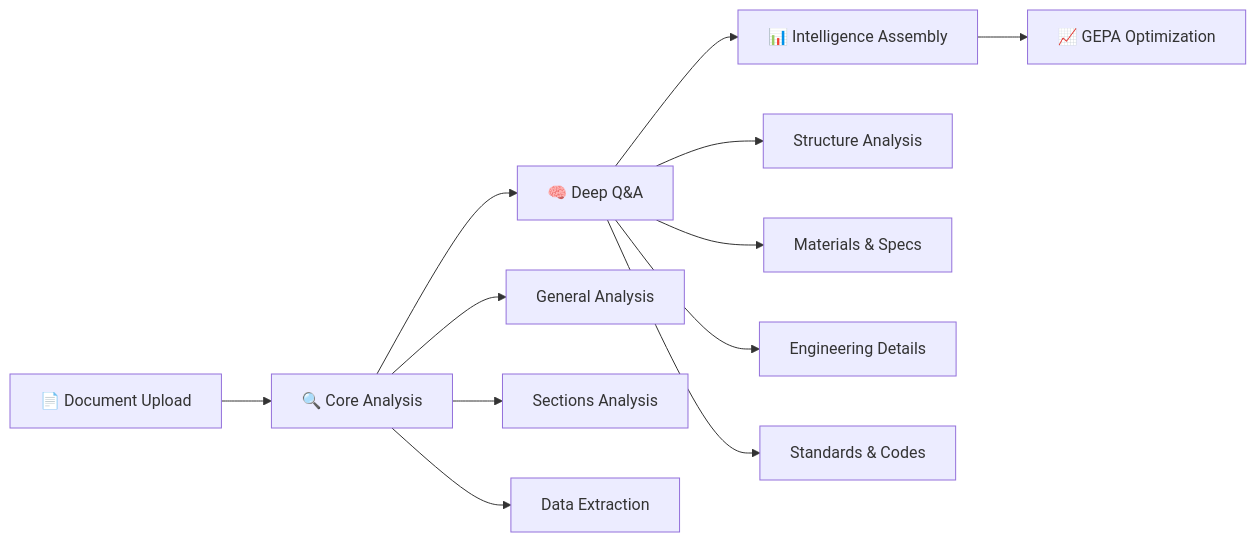
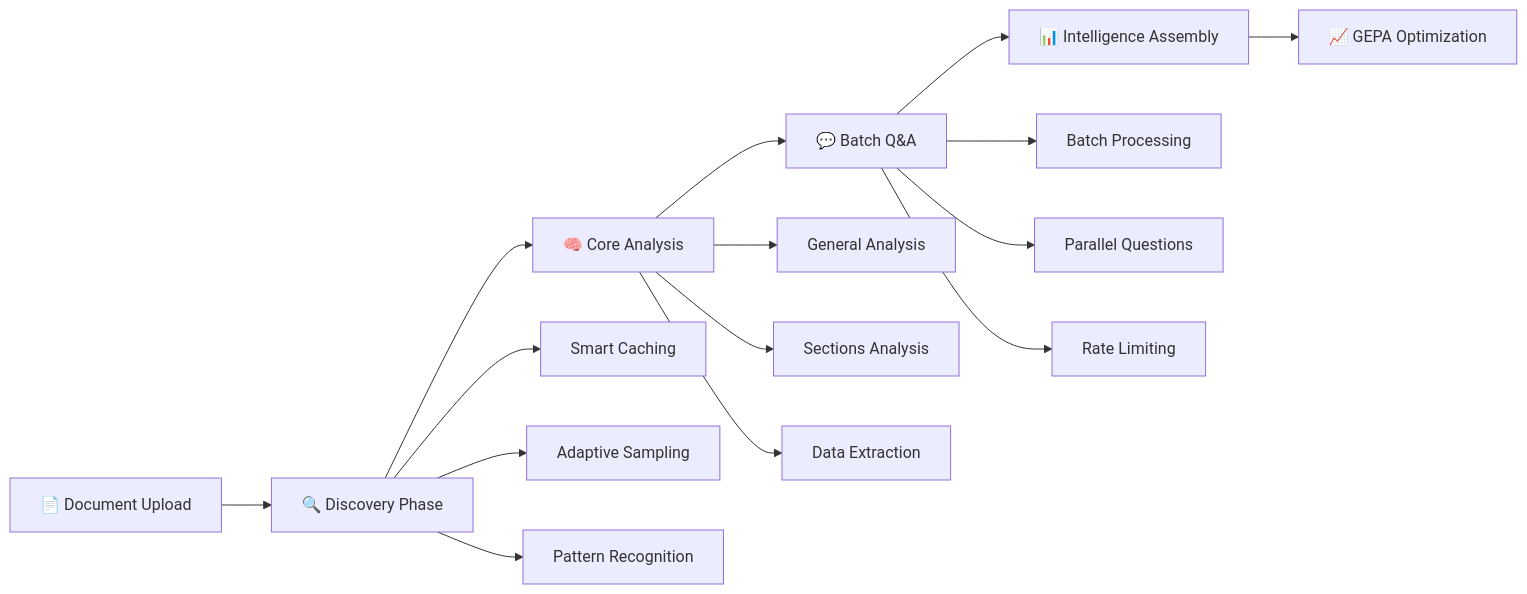
The first of 2 diagrams in README.md (karimtouma/estimate), drawn with Mermaid before and after one commit. The commit also changed other lines of this file and 10 other files, not shown here.

````diff
--- a/README.md
+++ b/README.md
@@ -62,16 +64,20 @@
 ```mermaid
 graph LR
-    A[📄 Document Upload] --> B[🔍 Core Analysis]
-    B --> C[🧠 Deep Q&A]
-    C --> D[📊 Intelligence Assembly]
-    D --> E[📈 GEPA Optimization]
+    A[📄 Document Upload] --> B[🔍 Discovery Phase]
+    B --> C[🧠 Core Analysis]
+    C --> D[💬 Batch Q&A]
+    D --> E[📊 Intelligence Assembly]
+    E --> F[📈 GEPA Optimization]
     
-    B --> B1[General Analysis]
-    B --> B2[Sections Analysis] 
-    B --> B3[Data Extraction]
+    B --> B1[Smart Caching]
+    B --> B2[Adaptive Sampling]
+    B --> B3[Pattern Recognition]
     
-    C --> C1[Structure Analysis]
-    C --> C2[Materials & Specs]
-    C --> C3[Engineering Details]
-    C --> C4[Standards & Codes]
+    C --> C1[General Analysis]
+    C --> C2[Sections Analysis] 
+    C --> C3[Data Extraction]
+    
+    D --> D1[Batch Processing]
+    D --> D2[Parallel Questions]
+    D --> D3[Rate Limiting]
 ```
````
